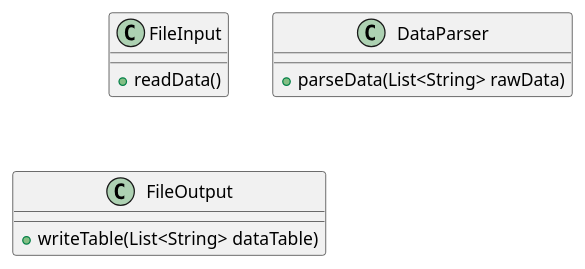
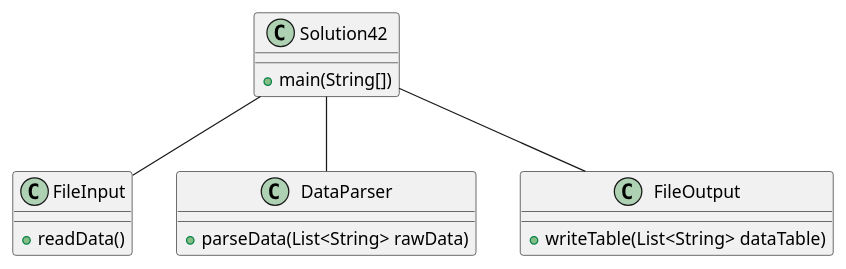
Before and after one commit to BlakeLoch/lochmandy-a04: the diagram in exercise42/docs/ClassDiagram.puml, drawn with PlantUML. The commit also changed 11 other files, not shown here.

Commit message:
Adjust Class Diagrams

```diff
--- a/exercise42/docs/ClassDiagram.puml
+++ b/exercise42/docs/ClassDiagram.puml
@@ -1,16 +1,24 @@
 @startuml
 
 class FileInput {
   +readData()
 }
 
 class DataParser {
   +parseData(List<String> rawData)
 }
 
 class FileOutput {
   +writeTable(List<String> dataTable)
 }
 
+class Solution42 {
++main(String[])
+}
+
+Solution42 -- FileInput
+Solution42 -- DataParser
+Solution42 -- FileOutput
+
 
 @enduml
```
